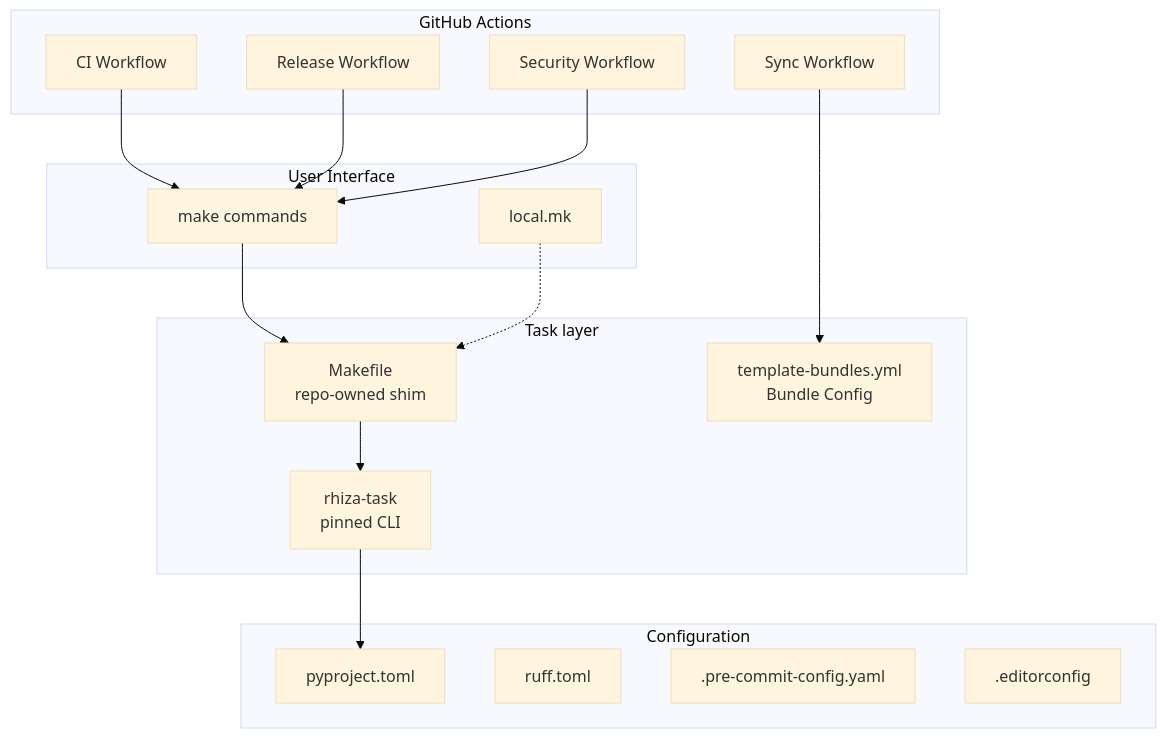
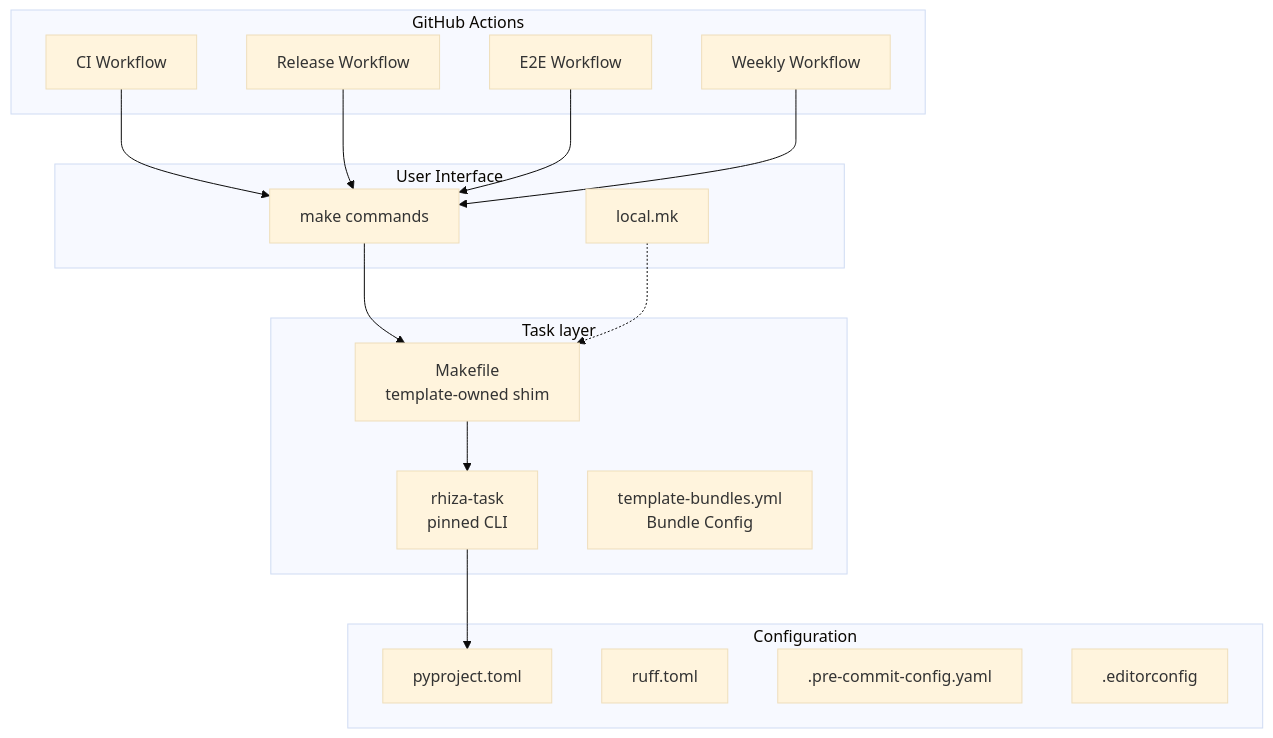
One commit to Jebel-Quant/rhiza changed the first of 9 diagrams in docs/reference/ARCHITECTURE.md. Above: the diagram before and after it, drawn with Mermaid (base theme). The commit also changed other lines of this file and 8 other files, not shown here.

````diff
--- a/docs/reference/ARCHITECTURE.md
+++ b/docs/reference/ARCHITECTURE.md
@@ -7,36 +7,36 @@
 ```mermaid
 flowchart TB
     subgraph User["User Interface"]
         make[make commands]
         local[local.mk]
     end
 
     subgraph Core["Task layer"]
-        shim[Makefile<br/>repo-owned shim]
+        shim[Makefile<br/>template-owned shim]
         cli[rhiza-task<br/>pinned CLI]
         template[template-bundles.yml<br/>Bundle Config]
     end
 
     subgraph Config["Configuration"]
         pyproject[pyproject.toml]
         ruff[ruff.toml]
         precommit[.pre-commit-config.yaml]
         editorconfig[.editorconfig]
     end
 
     subgraph CI["GitHub Actions"]
         ci[CI Workflow]
         release[Release Workflow]
-        security[Security Workflow]
-        sync[Sync Workflow]
+        e2e[E2E Workflow]
+        weekly[Weekly Workflow]
     end
 
     make --> shim
     local -.-> shim
     shim --> cli
     cli --> pyproject
     ci --> make
     release --> make
-    security --> make
-    sync --> template
+    e2e --> make
+    weekly --> make
 ```
````
